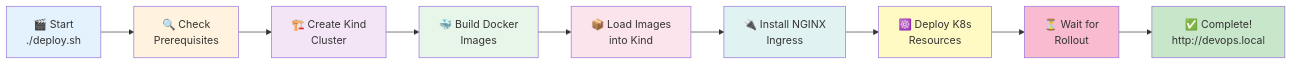
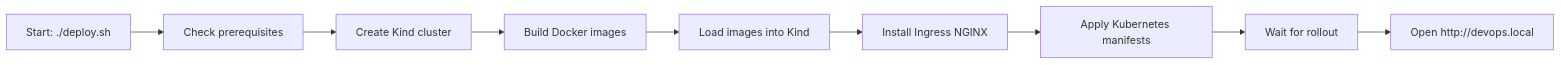
Before and after one commit to Sandarsh18/KubePulse-Real-Time-Kubernetes-Management-Dashboard: the second of 5 diagrams in README.md, drawn with Mermaid. The commit also changed other lines of this file, not shown here.

Commit message:
Docs: simplify Mermaid diagrams for GitHub readability (shorter labels, no emojis/styles)

````diff
--- a/README.md
+++ b/README.md
@@ -125,21 +119,11 @@
 ```mermaid
 graph LR
-    A[🎬 Start<br/>./deploy.sh] --> B[🔍 Check<br/>Prerequisites]
-    B --> C[🏗️ Create Kind<br/>Cluster]
-    C --> D[🐳 Build Docker<br/>Images]
-    D --> E[📦 Load Images<br/>into Kind]
-    E --> F[🔌 Install NGINX<br/>Ingress]
-    F --> G[☸️ Deploy K8s<br/>Resources]
-    G --> H[⏳ Wait for<br/>Rollout]
-    H --> I[✅ Complete!<br/>http://devops.local]
-    
-    style A fill:#e3f2fd
-    style B fill:#fff3e0
-    style C fill:#f3e5f5
-    style D fill:#e8f5e9
-    style E fill:#fce4ec
-    style F fill:#e0f2f1
-    style G fill:#fff9c4
-    style H fill:#f8bbd0
-    style I fill:#c8e6c9
+    A[Start: ./deploy.sh] --> B[Check prerequisites]
+    B --> C[Create Kind cluster]
+    C --> D[Build Docker images]
+    D --> E[Load images into Kind]
+    E --> F[Install Ingress NGINX]
+    F --> G[Apply Kubernetes manifests]
+    G --> H[Wait for rollout]
+    H --> I[Open http://devops.local]
 ```
````
